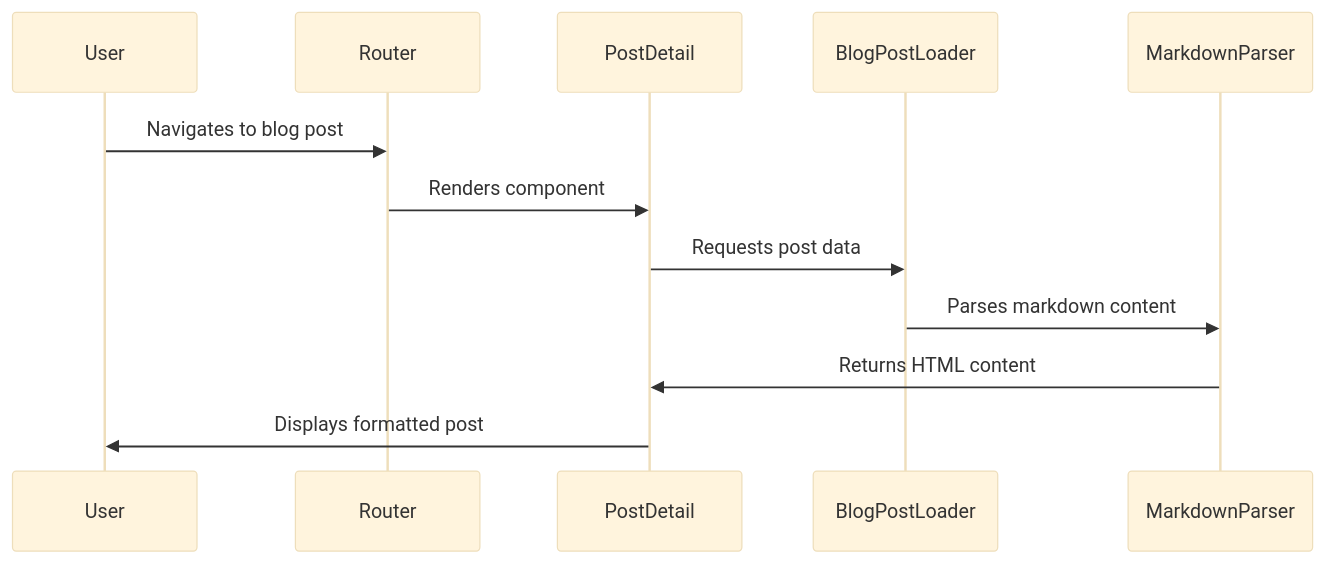
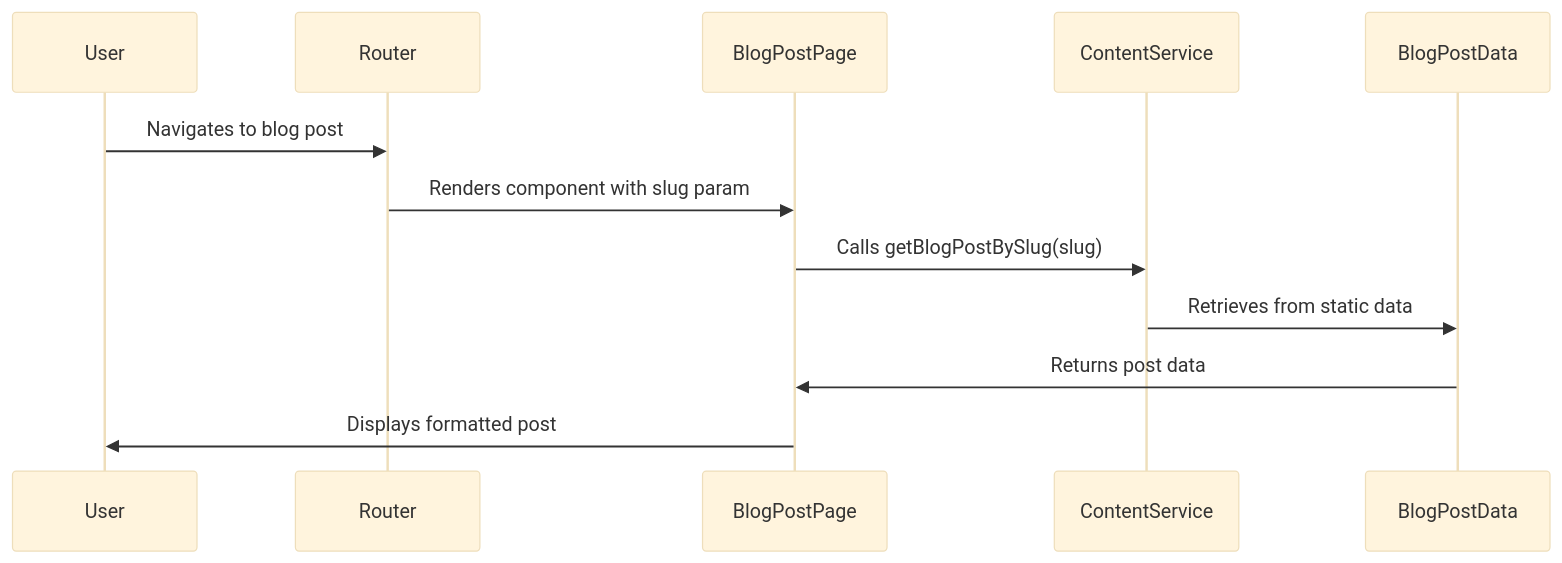
The third of 4 diagrams in memory-bank/systemPatterns.md (tatavarthiv/vijay-blog), drawn with Mermaid (base theme) before and after one commit. The commit also changed other lines of this file and 25 other files, not shown here.

````diff
--- a/memory-bank/systemPatterns.md
+++ b/memory-bank/systemPatterns.md
@@ -100,9 +103,9 @@
 ```mermaid
 sequenceDiagram
     User->>Router: Navigates to blog post
-    Router->>PostDetail: Renders component
-    PostDetail->>BlogPostLoader: Requests post data
-    BlogPostLoader->>MarkdownParser: Parses markdown content
-    MarkdownParser->>PostDetail: Returns HTML content
-    PostDetail->>User: Displays formatted post
+    Router->>BlogPostPage: Renders component with slug param
+    BlogPostPage->>ContentService: Calls getBlogPostBySlug(slug)
+    ContentService->>BlogPostData: Retrieves from static data
+    BlogPostData->>BlogPostPage: Returns post data
+    BlogPostPage->>User: Displays formatted post
 ```
````
